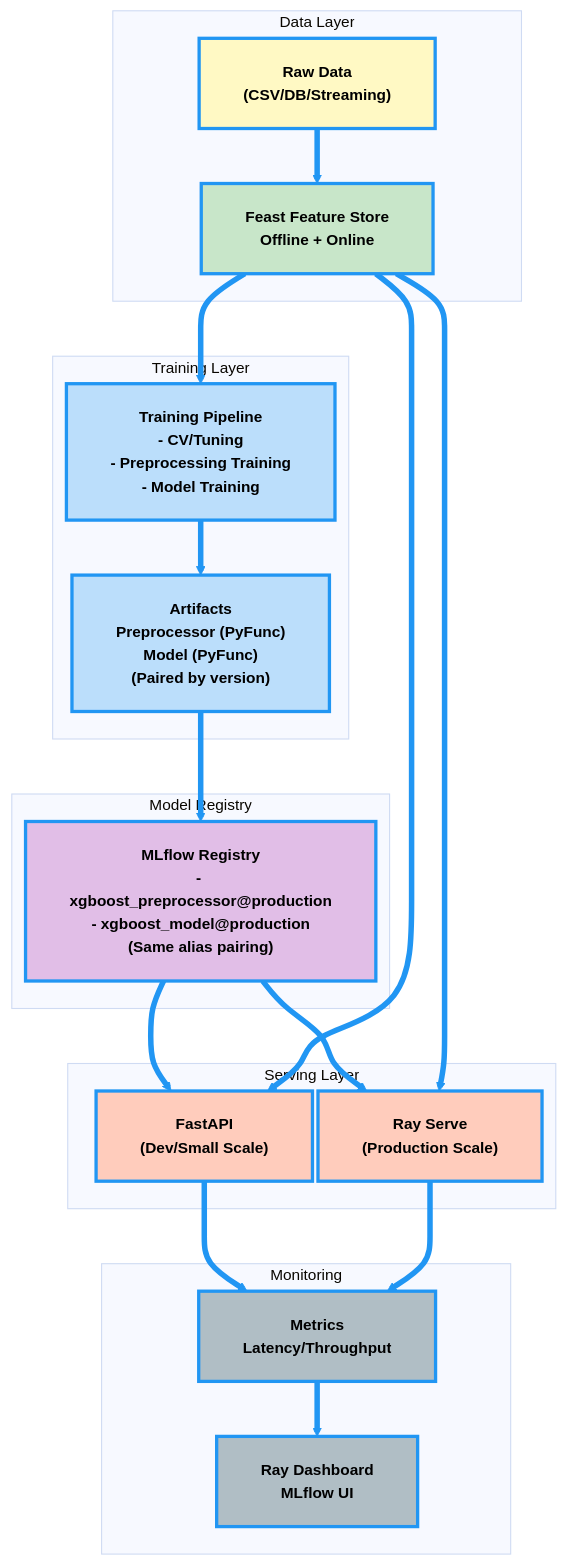
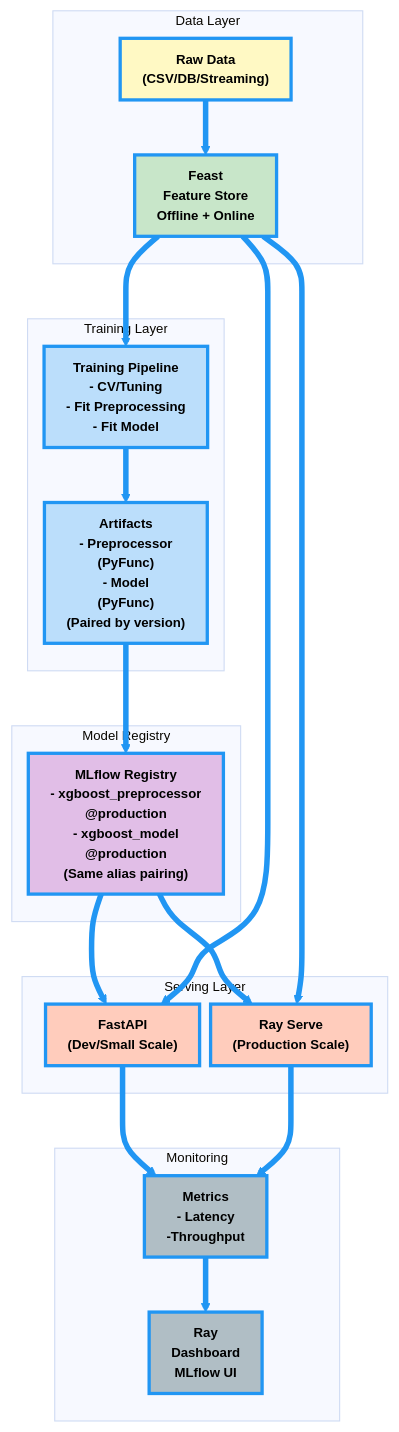
One commit to bambootran89/ml_pipeline_template changed the first of 5 diagrams in docs/architecture.md. Above: the diagram before and after it, drawn with Mermaid. The commit also changed other lines of this file and 1 other file, not shown here.

````diff
--- a/docs/architecture.md
+++ b/docs/architecture.md
@@ -16,72 +16,73 @@
 ```mermaid
 %%{init: {
   "theme": "base",
   "flowchart": {
-    "nodeSpacing": 5,
+    "nodeSpacing": 10,
     "rankSpacing": 50,
     "curve": "basis",
-    "padding": 20
+    "padding": 10
   },
   "themeVariables": {
     "fontFamily": "Inter, Arial, sans-serif",
-    "fontSize": "14px"
+    "fontSize": "12px"
   }
 }}%%
 
 flowchart TB
     %% Styles
     classDef dataSource fill:#fff9c4,stroke:#2196f3,stroke-width:3px,color:#000,font-weight:700
     classDef featureStore fill:#c8e6c9,stroke:#2196f3,stroke-width:3px,color:#000,font-weight:700
     classDef training fill:#bbdefb,stroke:#2196f3,stroke-width:3px,color:#000,font-weight:700
-    classDef registry fill:#e1bee7,stroke:#2196f3,stroke-width:3px,color:#000,font-weight:800
+    classDef registry fill:#e1bee7,stroke:#2196f3,stroke-width:3px,color:#000, font-weight:700
     classDef serving fill:#ffccbc,stroke:#2196f3,stroke-width:3px,color:#000,font-weight:700
     classDef monitoring fill:#b0bec5,stroke:#2196f3,stroke-width:3px,color:#000,font-weight:700
 
     %% Data Layer
     subgraph DataLayer["Data Layer"]
         RawData["Raw Data<br/>(CSV/DB/Streaming)"]:::dataSource
-        Feast["Feast Feature Store<br/>Offline + Online"]:::featureStore
+        Feast["Feast <br/>Feature Store<br/>Offline + Online"]:::featureStore
     end
 
     %% Training Layer
     subgraph TrainingLayer["Training Layer"]
-        Pipeline["Training Pipeline<br/>- CV/Tuning<br/>- Preprocessing Training<br/>- Model Training"]:::training
-        Artifacts["Artifacts<br/>Preprocessor (PyFunc)<br/>Model (PyFunc)<br/>(Paired by version)"]:::training
+        Pipeline["Training Pipeline<br/>- CV/Tuning<br/>- Fit Preprocessing<br/>- Fit Model"]:::training
+        Artifacts["Artifacts<br/>- Preprocessor <br/>(PyFunc)<br/>- Model <br/>(PyFunc)<br/>(Paired by version)"]:::training
     end
 
     %% Registry Layer
     subgraph RegistryLayer["Model Registry"]
-        MLflow["MLflow Registry<br/>- xgboost_preprocessor@production<br/>- xgboost_model@production<br/>(Same alias pairing)"]:::registry
+        MLflow["MLflow Registry<br/>- xgboost_preprocessor<br/>@production<br/>- xgboost_model<br/>@production<br/>(Same alias pairing)"]:::registry
     end
+
 
     %% Serving Layer
     subgraph ServingLayer["Serving Layer"]
         FastAPI["FastAPI<br/>(Dev/Small Scale)"]:::serving
         RayServe["Ray Serve<br/>(Production Scale)"]:::serving
     end
 
     %% Monitoring Layer
     subgraph MonitoringLayer["Monitoring"]
-        Metrics["Metrics<br/>Latency/Throughput"]:::monitoring
-        Dashboard["Ray Dashboard<br/>MLflow UI"]:::monitoring
+        Metrics["Metrics<br/>- Latency<br/>-Throughput"]:::monitoring
+        Dashboard["Ray <br/>Dashboard<br/>MLflow UI"]:::monitoring
     end
 
     %% Connections
     RawData ==> Feast
     Feast ==> Pipeline
     Pipeline ==> Artifacts
     Artifacts ==> MLflow
 
     MLflow ==> FastAPI
     MLflow ==> RayServe
 
     Feast ==> FastAPI
     Feast ==> RayServe
 
     FastAPI ==> Metrics
     RayServe ==> Metrics
     Metrics ==> Dashboard
 
     %% Edge emphasis
     linkStyle default stroke:#2196f3,stroke-width:5px
 ```
````
